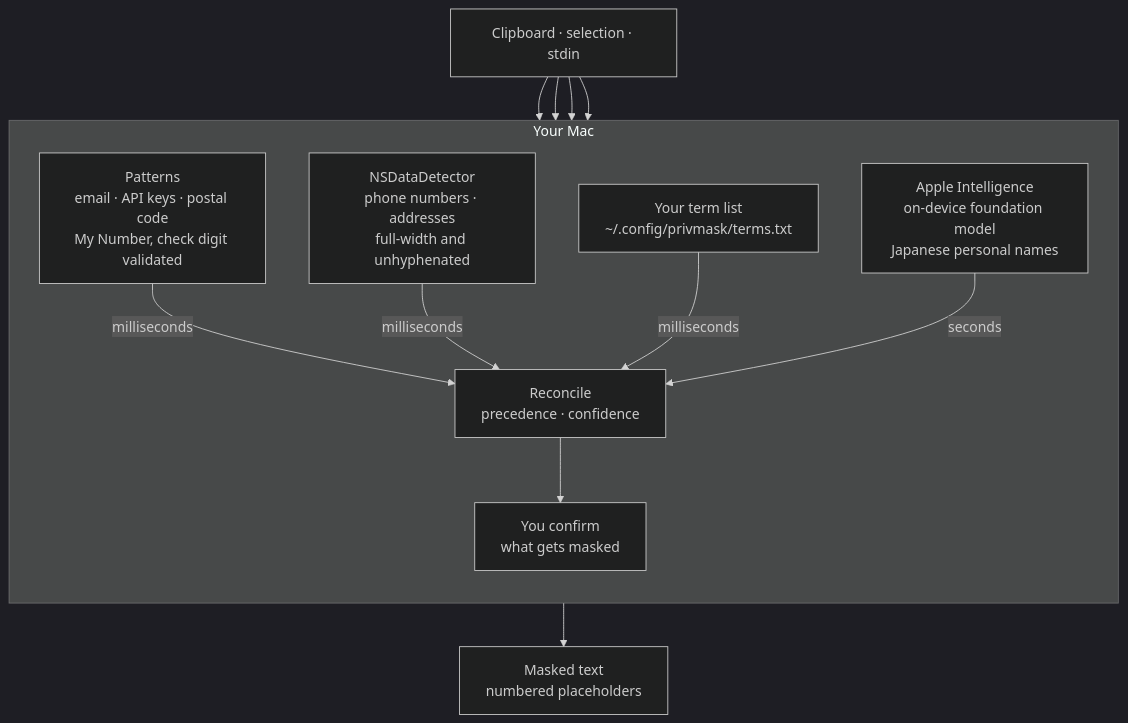
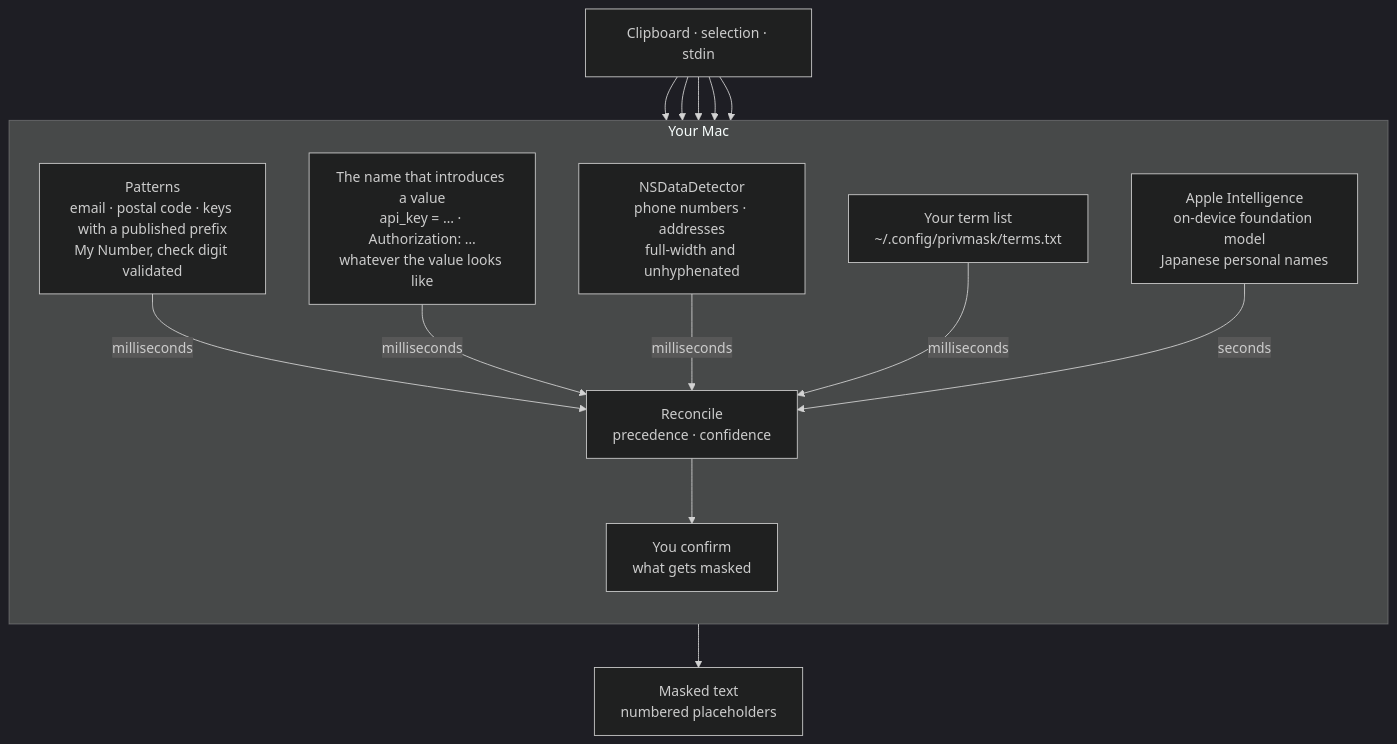
The diagram in README.md (snaka/privmask), drawn with Mermaid (dark theme) before and after one commit. The commit also changed other lines of this file and 16 other files, not shown here.

````diff
--- a/README.md
+++ b/README.md
@@ -98,29 +111,32 @@
 ```mermaid
 flowchart TB
     in["Clipboard · selection · stdin"]
 
     subgraph mac["Your Mac"]
         direction TB
-        pat["Patterns<br/>email · API keys · postal code<br/>My Number, check digit validated"]
+        pat["Patterns<br/>email · postal code · keys with a published prefix<br/>My Number, check digit validated"]
+        named["The name that introduces a value<br/>api_key = … · Authorization: …<br/>whatever the value looks like"]
         dd["NSDataDetector<br/>phone numbers · addresses<br/>full-width and unhyphenated"]
         terms["Your term list<br/>~/.config/privmask/terms.txt"]
         fm["Apple Intelligence<br/>on-device foundation model<br/>Japanese personal names"]
         merge["Reconcile<br/>precedence · confidence"]
         you["You confirm<br/>what gets masked"]
     end
 
     out["Masked text<br/>numbered placeholders"]
 
     in --> pat
+    in --> named
     in --> dd
     in --> terms
     in --> fm
 
     pat -->|milliseconds| merge
+    named -->|milliseconds| merge
     dd -->|milliseconds| merge
     terms -->|milliseconds| merge
     fm -->|seconds| merge
 
     merge --> you
     you --> out
 ```
````
